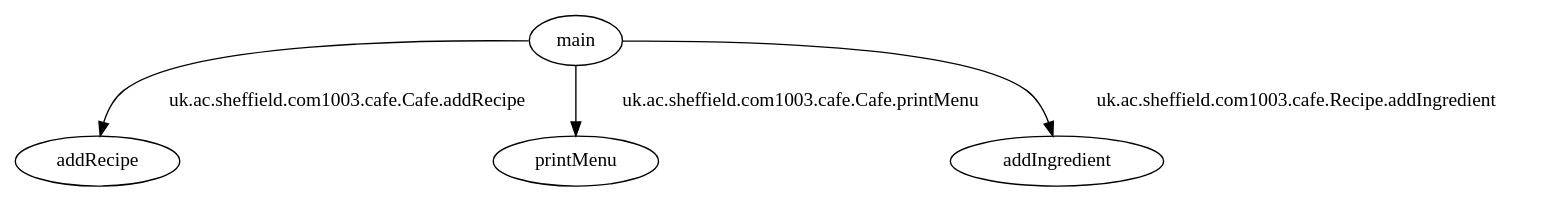
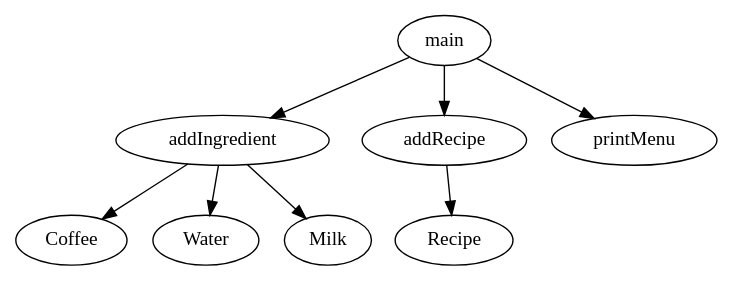
Before and after one commit to ruizhengu/CausalGrading: the diagram in Cafe.dot, drawn with Graphviz. The commit also changed 2 other files, not shown here.

Commit message:
generate graph for the entry class

```diff
--- a/Cafe.dot
+++ b/Cafe.dot
@@ -1,9 +1,17 @@
 digraph Cafe {
 IDmain [label="main"];
+IDaddIngredient [label="addIngredient"];
+IDCoffee [label="Coffee"];
+IDWater [label="Water"];
 IDaddRecipe [label="addRecipe"];
+IDRecipe [label="Recipe"];
+IDMilk [label="Milk"];
 IDprintMenu [label="printMenu"];
-IDaddIngredient [label="addIngredient"];
-IDmain -> IDaddRecipe [label="uk.ac.sheffield.com1003.cafe.Cafe.addRecipe"];
-IDmain -> IDprintMenu [label="uk.ac.sheffield.com1003.cafe.Cafe.printMenu"];
-IDmain -> IDaddIngredient [label="uk.ac.sheffield.com1003.cafe.Recipe.addIngredient"];
+IDmain -> IDaddIngredient;
+IDmain -> IDaddRecipe;
+IDmain -> IDprintMenu;
+IDaddIngredient -> IDCoffee;
+IDaddIngredient -> IDWater;
+IDaddIngredient -> IDMilk;
+IDaddRecipe -> IDRecipe;
 }
```
